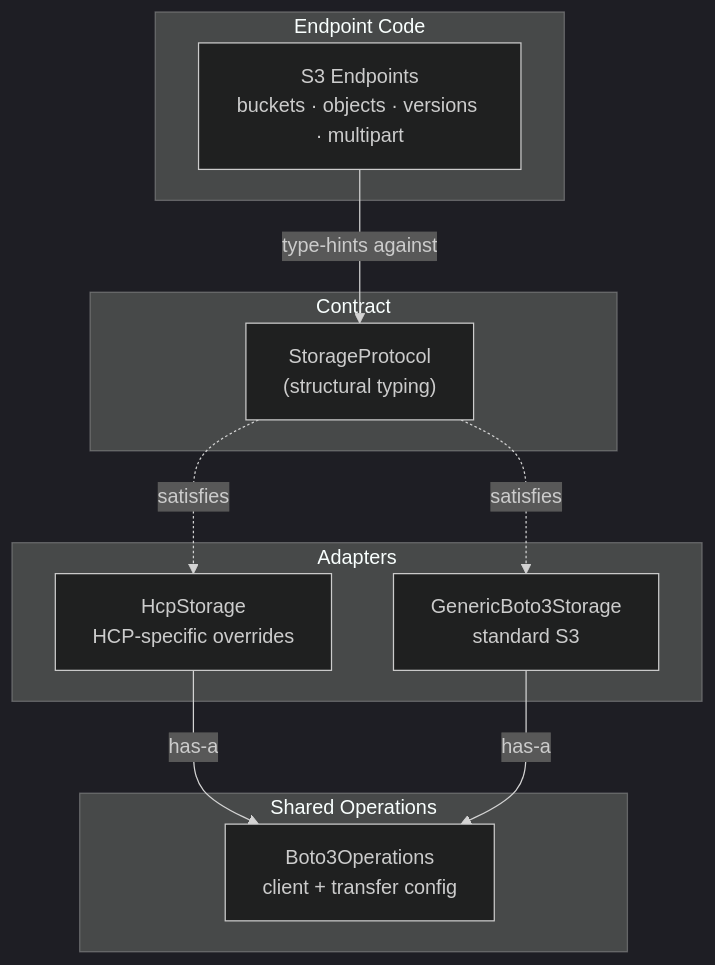
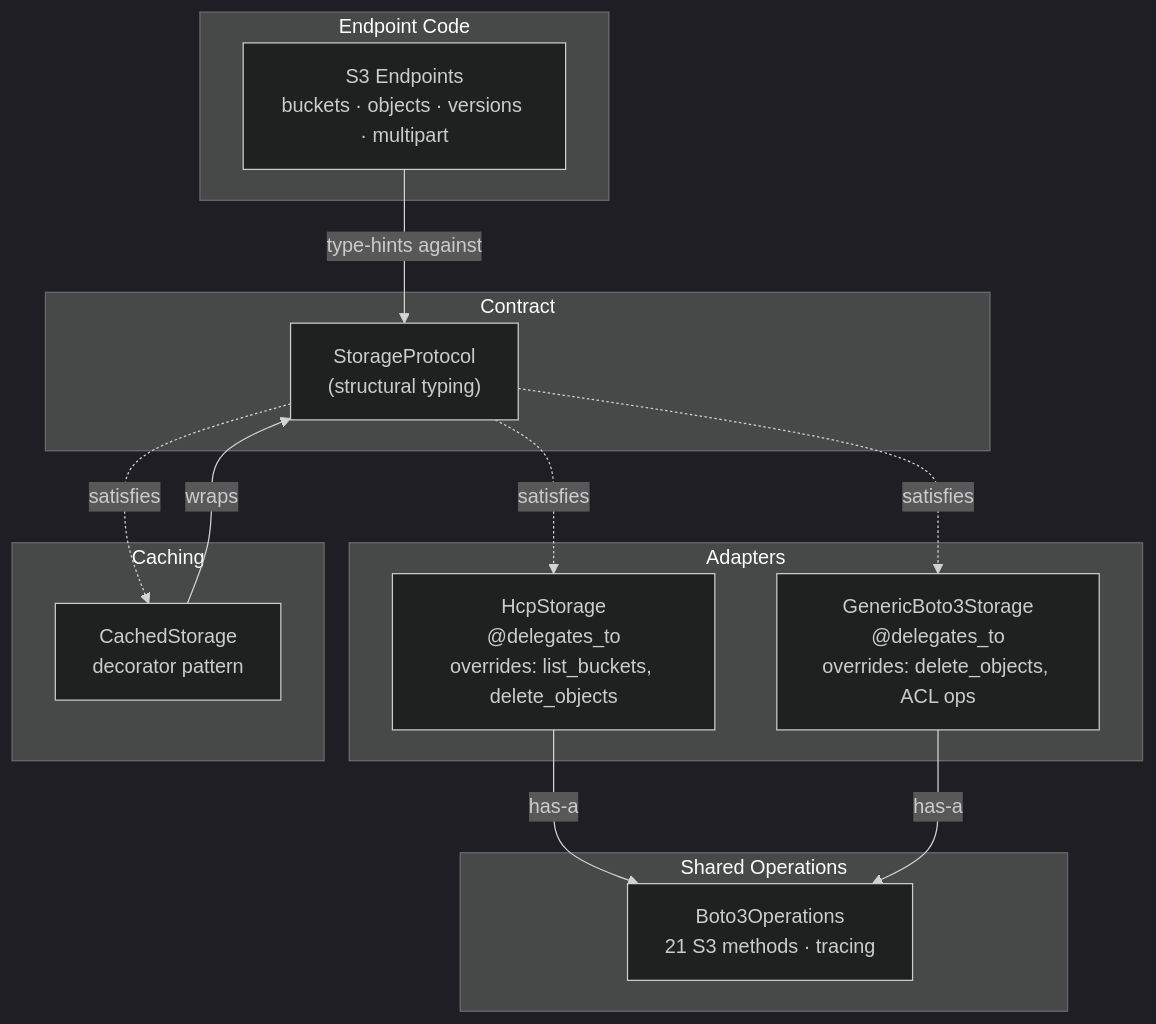
The diagram in docs/architecture/storage.md (AI-Riksarkivet/ra-hcp), drawn with Mermaid (dark theme) before and after one commit. The commit also changed other lines of this file and 4 other files, not shown here.

First line of the commit message:
docs(architecture): fix diagrams to match actual backend code

````diff
--- a/docs/architecture/storage.md
+++ b/docs/architecture/storage.md
@@ -5,25 +5,31 @@
 ```mermaid
 graph TD
     subgraph "Endpoint Code"
         EP["S3 Endpoints<br/>buckets · objects · versions · multipart"]
     end
 
     subgraph "Contract"
         SP["StorageProtocol<br/>(structural typing)"]
     end
 
     subgraph "Shared Operations"
-        OPS["Boto3Operations<br/>client + transfer config"]
+        OPS["Boto3Operations<br/>21 S3 methods · tracing"]
     end
 
     subgraph "Adapters"
-        HCP_A["HcpStorage<br/>HCP-specific overrides"]
-        GEN["GenericBoto3Storage<br/>standard S3"]
+        HCP_A["HcpStorage<br/>@delegates_to<br/>overrides: list_buckets, delete_objects"]
+        GEN["GenericBoto3Storage<br/>@delegates_to<br/>overrides: delete_objects, ACL ops"]
+    end
+
+    subgraph "Caching"
+        CACHED["CachedStorage<br/>decorator pattern"]
     end
 
     EP -->|"type-hints against"| SP
     SP -.->|"satisfies"| HCP_A
     SP -.->|"satisfies"| GEN
+    SP -.->|"satisfies"| CACHED
     HCP_A -->|"has-a"| OPS
     GEN -->|"has-a"| OPS
+    CACHED -->|"wraps"| SP
 ```
````
